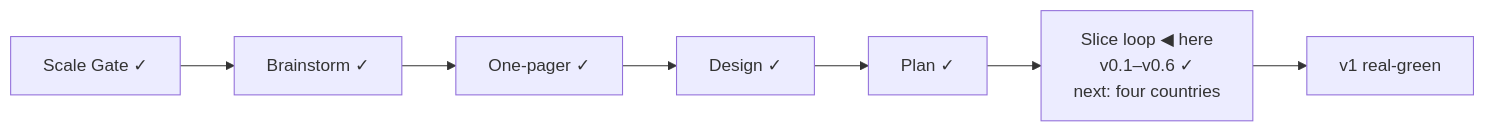
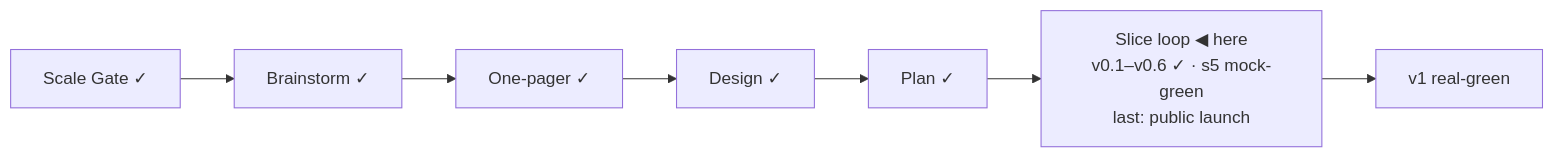
One commit to OytunOnal/permit-rulebook changed the diagram in STATUS.md. Above: the diagram before and after it, drawn with Mermaid. The commit also changed other lines of this file and 4 other files, not shown here.

First line of the commit message:
s5 mock-green: UI class-collision fix, dev screenshot hook, ledgers

````diff
--- a/STATUS.md
+++ b/STATUS.md
@@ -7,6 +7,6 @@
 ```mermaid
 flowchart LR
     A[Scale Gate ✓] --> B[Brainstorm ✓] --> C[One-pager ✓] --> D[Design ✓] --> E[Plan ✓]
-    E --> F["Slice loop ◀ here<br/>v0.1–v0.6 ✓<br/>next: four countries"]
+    E --> F["Slice loop ◀ here<br/>v0.1–v0.6 ✓ · s5 mock-green<br/>last: public launch"]
     F --> G[v1 real-green]
 ```
````
